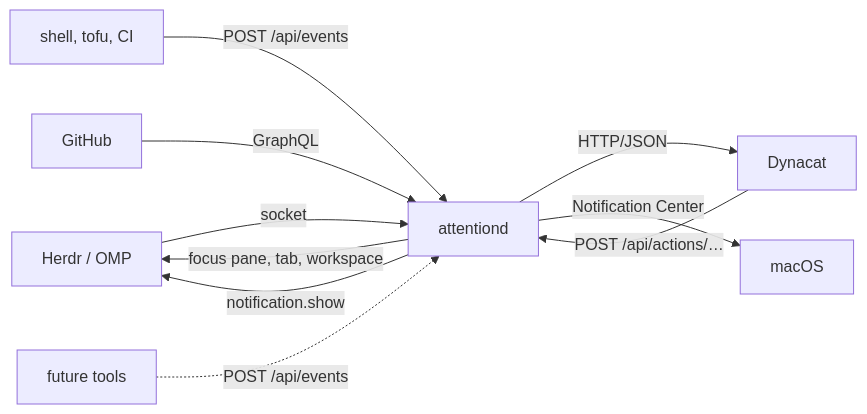
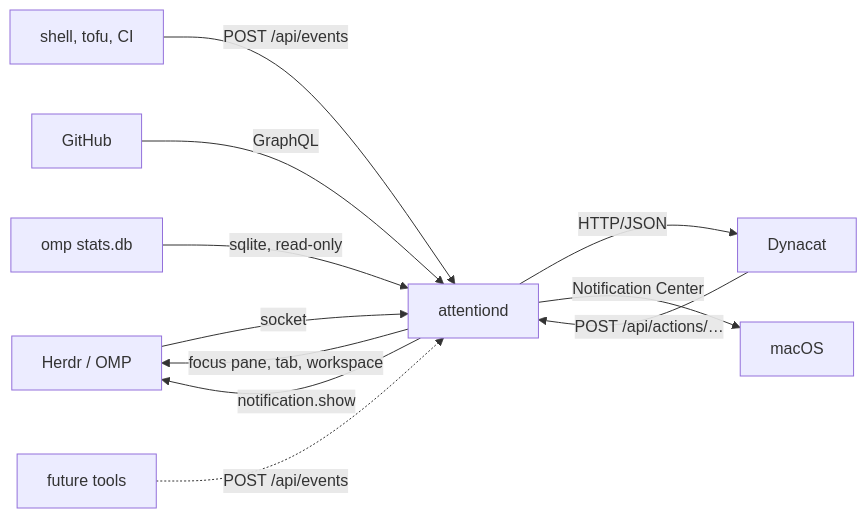
Before and after one commit to mach4-braai/attentiond: the diagram in README.md, drawn with Mermaid. The commit also changed other lines of this file and 11 other files, not shown here.

````diff
--- a/README.md
+++ b/README.md
@@ -8,14 +8,15 @@
 ```mermaid
 flowchart LR
     herdr["Herdr / OMP"] -- "socket" --> attentiond
     shell["shell, tofu, CI"] -- "POST /api/events" --> attentiond
     github["GitHub"] -- "GraphQL" --> attentiond
+    omp["omp stats.db"] -- "sqlite, read-only" --> attentiond
     future["future tools"] -. "POST /api/events" .-> attentiond
 
     attentiond["attentiond"] -- "HTTP/JSON" --> dynacat["Dynacat"]
     dynacat -- "POST /api/actions/…" --> attentiond
 
     attentiond -- "focus pane, tab, workspace" --> herdr
     attentiond -- "notification.show" --> herdr
     attentiond -- "Notification Center" --> desktop["macOS"]
 ```
````
